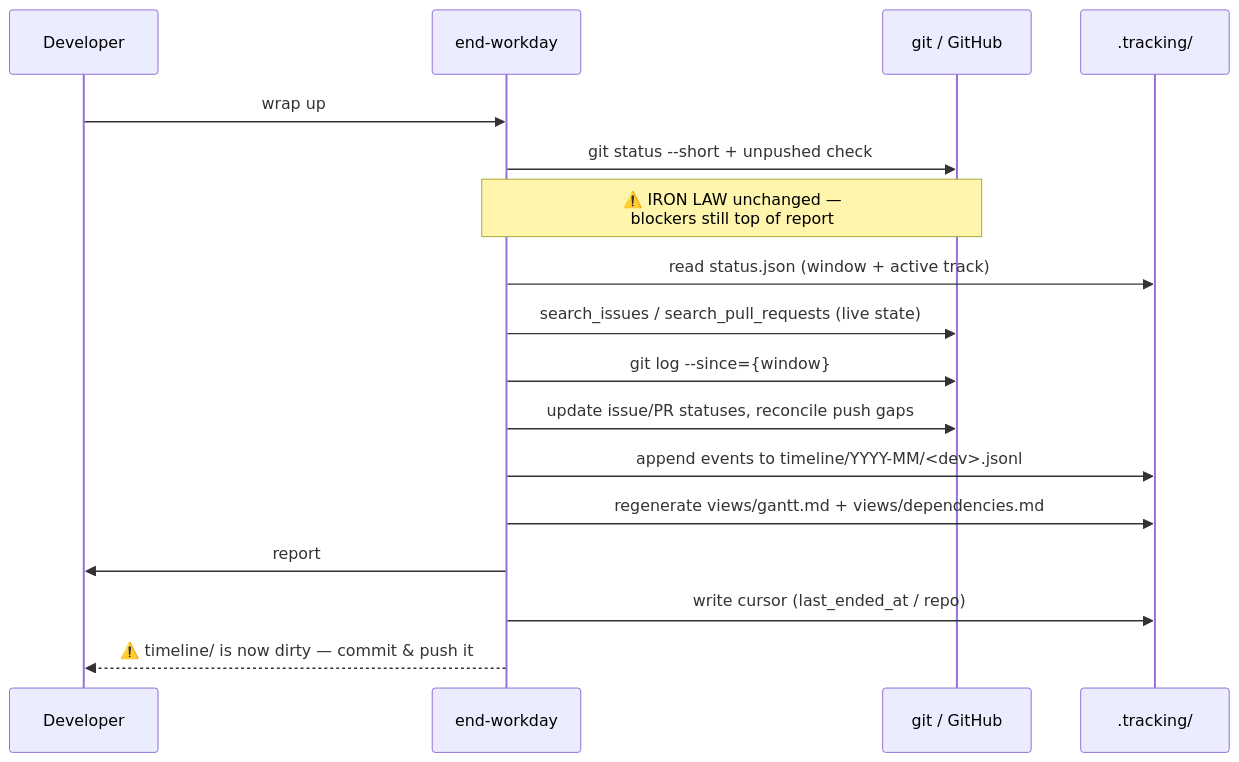
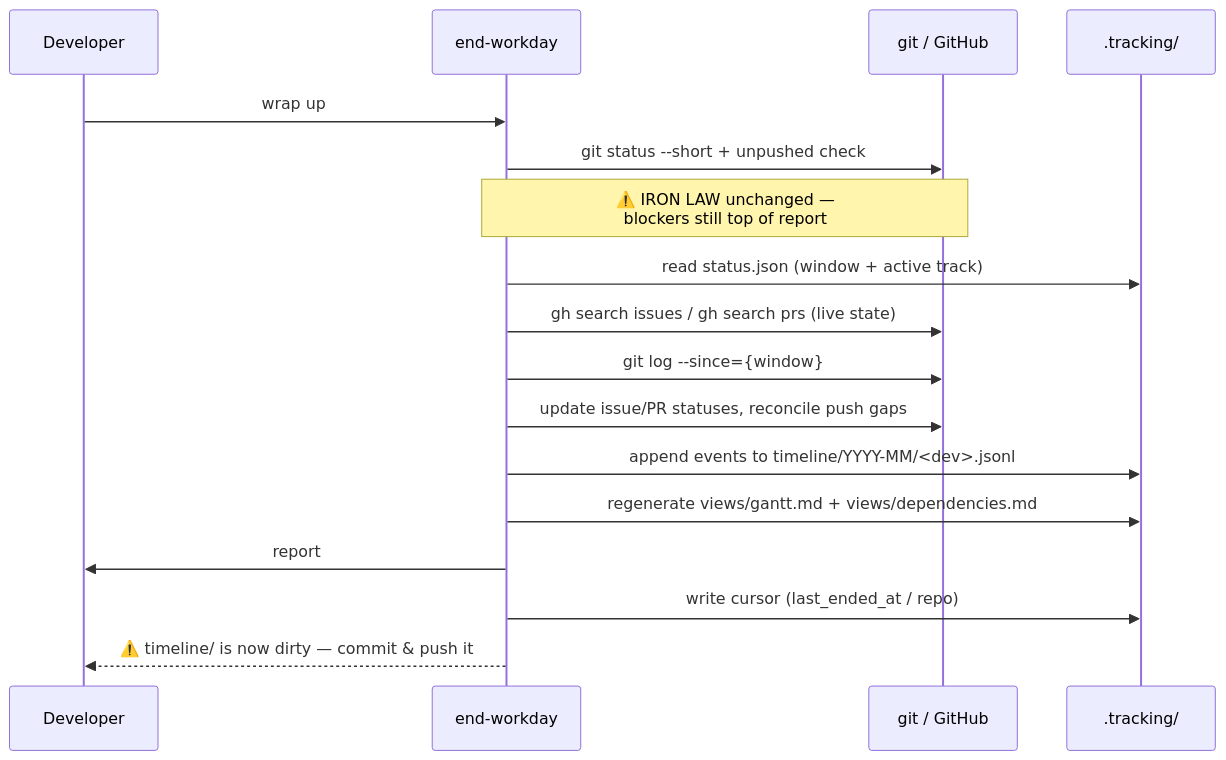
Before and after one commit to alimohammed1624/skills: the seventh of 7 diagrams in docs/tracking-redesign.md, drawn with Mermaid. The commit also changed other lines of this file and 7 other files, not shown here.

````diff
--- a/docs/tracking-redesign.md
+++ b/docs/tracking-redesign.md
@@ -404,20 +404,20 @@
 ```mermaid
 sequenceDiagram
     participant D as Developer
     participant S as end-workday
     participant G as git / GitHub
     participant T as .tracking/
 
     D->>S: wrap up
     S->>G: git status --short + unpushed check
     Note over S,G: ⚠️ IRON LAW unchanged —<br/>blockers still top of report
     S->>T: read status.json (window + active track)
-    S->>G: search_issues / search_pull_requests (live state)
+    S->>G: gh search issues / gh search prs (live state)
     S->>G: git log --since={window}
     S->>G: update issue/PR statuses, reconcile push gaps
     S->>T: append events to timeline/YYYY-MM/<dev>.jsonl
     S->>T: regenerate views/gantt.md + views/dependencies.md
     S->>D: report
     S->>T: write cursor (last_ended_at / repo)
     S-->>D: ⚠️ timeline/ is now dirty — commit & push it
 ```
````
